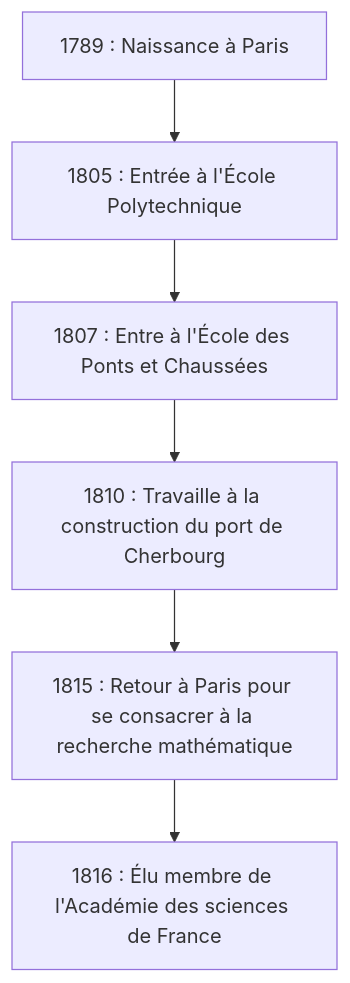
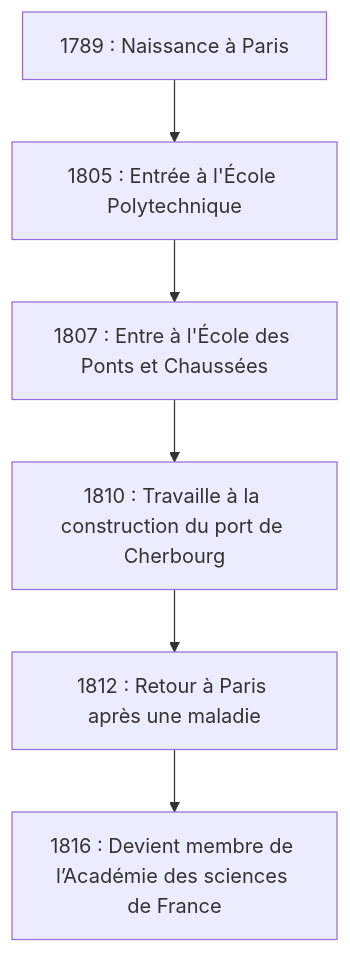
One commit to kenjinote/blog changed the diagram in content/post/cauchy/index.fr.md. Above: the diagram before and after it, drawn with Mermaid. The commit also changed other lines of this file and 14 other files, not shown here.

````diff
--- a/content/post/cauchy/index.fr.md
+++ b/content/post/cauchy/index.fr.md
@@ -30,8 +30,8 @@
 ```mermaid
 flowchart TD
     A["1789 : Naissance à Paris"] --> B["1805 : Entrée à l'École Polytechnique"]
     B --> C["1807 : Entre à l'École des Ponts et Chaussées"]
     C --> D["1810 : Travaille à la construction du port de Cherbourg"]
-    D --> E["1815 : Retour à Paris pour se consacrer à la recherche mathématique"]
-    E --> F["1816 : Élu membre de l'Académie des sciences de France"]
+    D --> E["1812 : Retour à Paris après une maladie"]
+    E --> F["1816 : Devient membre de l’Académie des sciences de France"]
 ```
````
